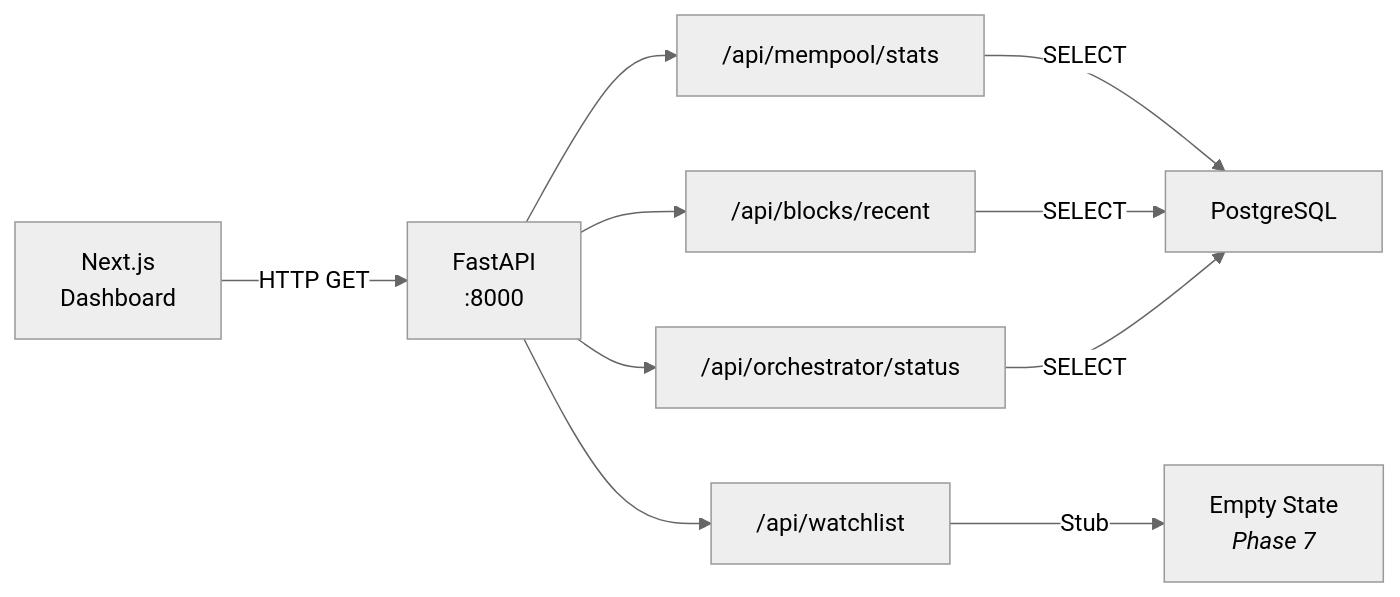
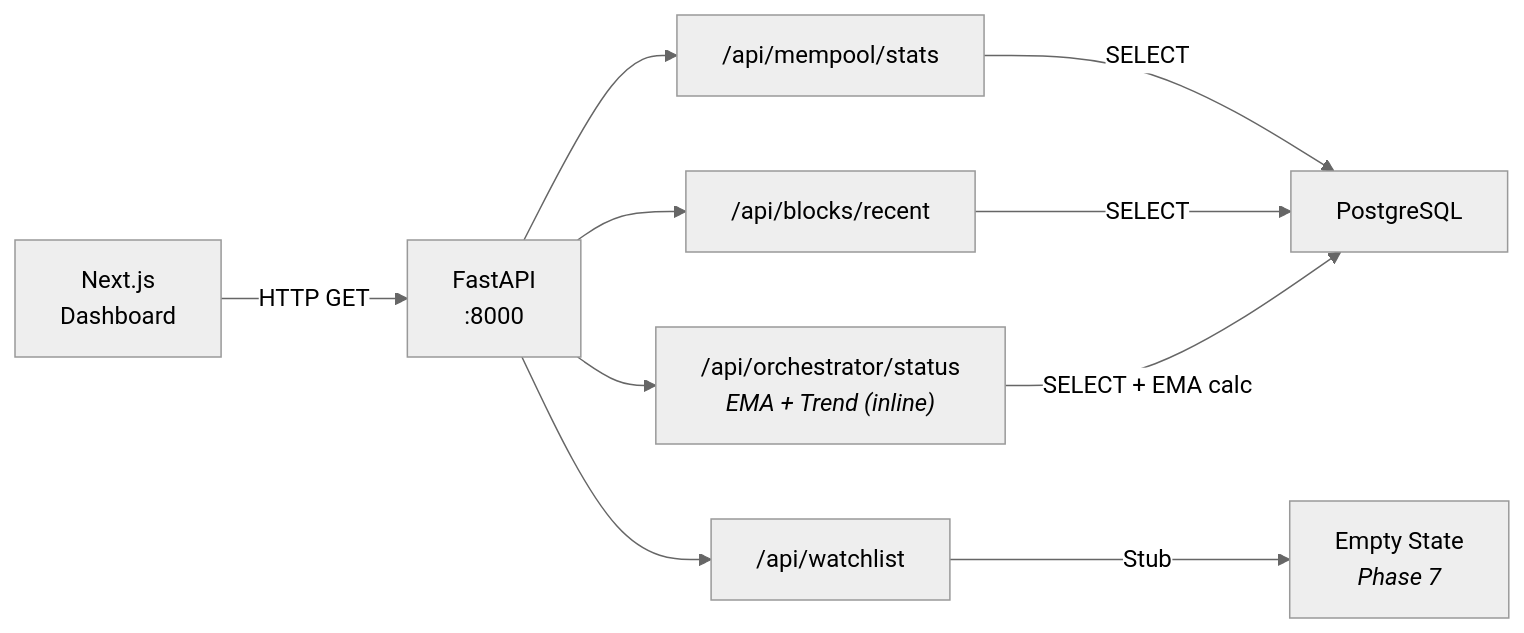
Before and after one commit to ieshatchuell/mempool-orchestrator: the fifth of 8 diagrams in docs/architecture.md, drawn with Mermaid (neutral theme). The commit also changed other lines of this file and 19 other files, not shown here.

````diff
--- a/docs/architecture.md
+++ b/docs/architecture.md
@@ -132,14 +134,14 @@
 ```mermaid
 flowchart LR
     UI["Next.js<br/>Dashboard"] -->|"HTTP GET"| API["FastAPI<br/>:8000"]
 
     API --> Q1["/api/mempool/stats"]
     API --> Q2["/api/blocks/recent"]
-    API --> Q3["/api/orchestrator/status"]
+    API --> Q3["/api/orchestrator/status<br/><i>EMA + Trend (inline)</i>"]
     API --> Q4["/api/watchlist"]
 
     Q1 -->|"SELECT"| PG["PostgreSQL"]
     Q2 -->|"SELECT"| PG
-    Q3 -->|"SELECT"| PG
+    Q3 -->|"SELECT + EMA calc"| PG
     Q4 -->|"Stub"| STUB["Empty State<br/><i>Phase 7</i>"]
 ```
````
